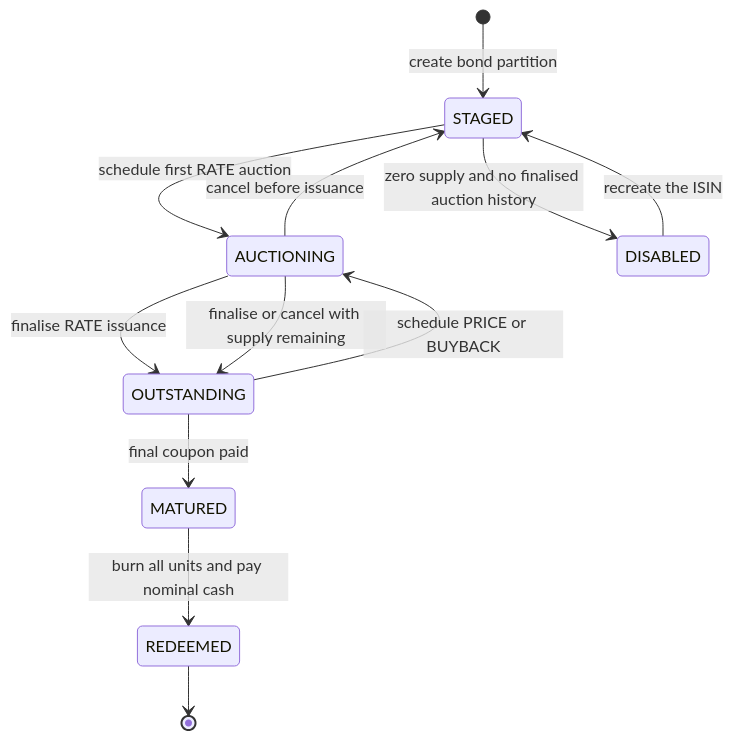
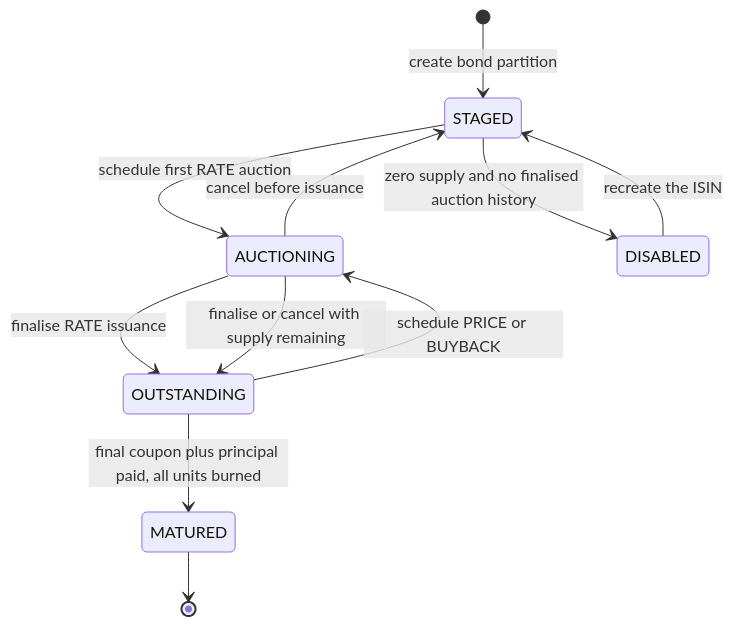
The second of 2 diagrams in docs/diagrams/processes/bond-lifecycle.md (Norges-Bank-CBDC-Lab/cbdc-tokenization-sandbox), drawn with Mermaid before and after one commit. The commit also changed other lines of this file and 28 other files, not shown here.

````diff
--- a/docs/diagrams/processes/bond-lifecycle.md
+++ b/docs/diagrams/processes/bond-lifecycle.md
@@ -38,14 +34,13 @@
 ```mermaid
 stateDiagram-v2
     [*] --> STAGED: create bond partition
     STAGED --> AUCTIONING: schedule first RATE auction
     AUCTIONING --> STAGED: cancel before issuance
     AUCTIONING --> OUTSTANDING: finalise RATE issuance
     OUTSTANDING --> AUCTIONING: schedule PRICE or BUYBACK
     AUCTIONING --> OUTSTANDING: finalise or cancel with supply remaining
-    OUTSTANDING --> MATURED: final coupon paid
-    MATURED --> REDEEMED: burn all units and pay nominal cash
+    OUTSTANDING --> MATURED: final coupon plus principal paid, all units burned
     STAGED --> DISABLED: zero supply and no finalised auction history
     DISABLED --> STAGED: recreate the ISIN
-    REDEEMED --> [*]
+    MATURED --> [*]
 ```
````
